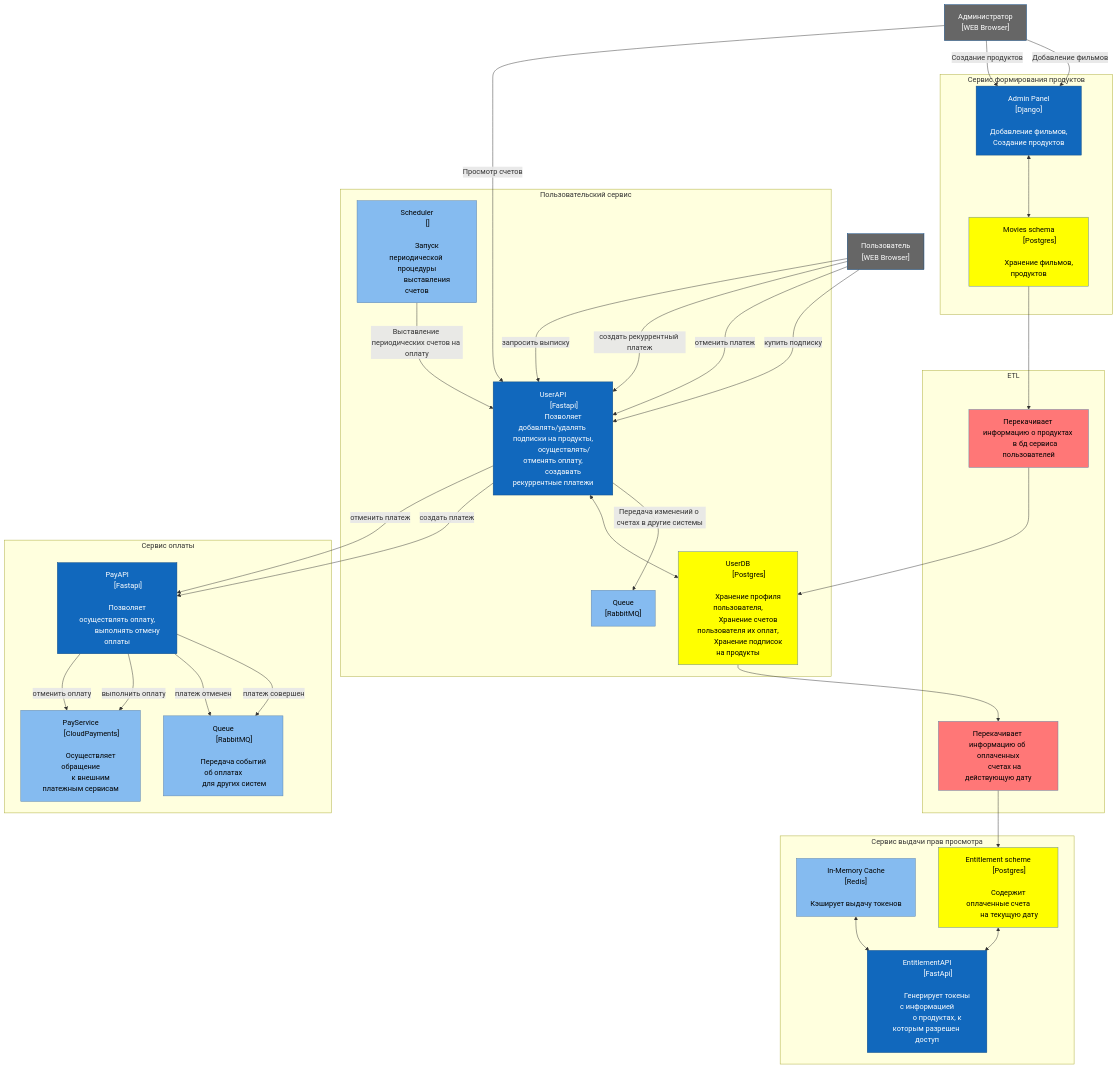
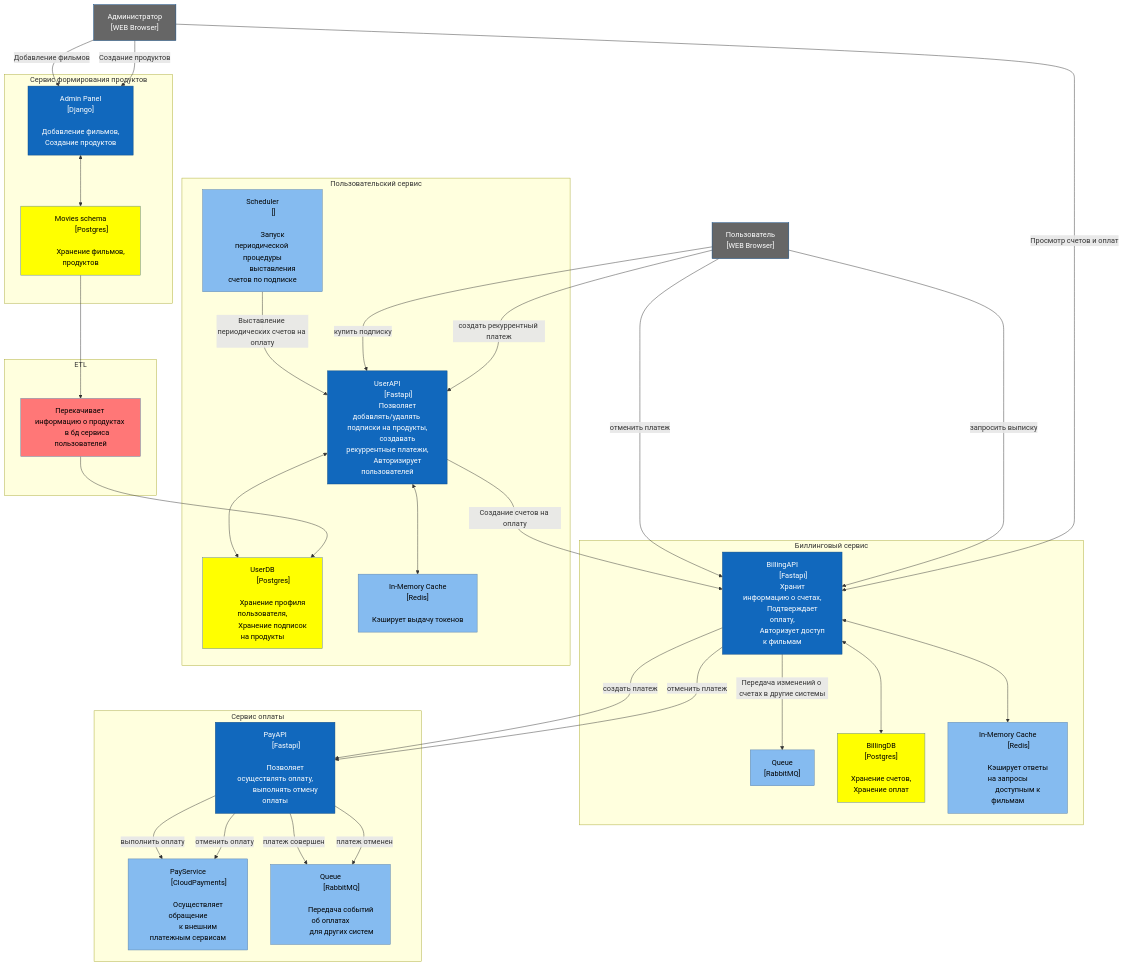
The diagram in architecture/components.md (fall3nangel/Billing_Stripe), drawn with Mermaid before and after one commit.

Commit message:
add billing service

```diff
--- a/architecture/components.md
+++ b/architecture/components.md
@@ -20,11 +20,6 @@
         в бд сервиса пользователей
     "]
     
-    UserService_TO_EntitlementService["
-        Перекачивает информацию об оплаченных
-        счетах на действующую дату
-    "]
-    
     end    
         
     subgraph "Сервис формирования продуктов"
@@ -43,35 +38,66 @@
             AdminPanel<-->MovieDB
     end
     
+    subgraph "Биллинговый сервис"
+        BillingAPI["BillingAPI
+            [Fastapi]
+            Хранит информацию о счетах,
+            Подтверждает оплату,
+            Авторизует доступ к фильмам
+            "]
+                    
+        Queue2["Queue
+            [RabbitMQ]
+            
+            "]
+            
+        BillingDB["BillingDB
+            [Postgres]
+            
+            Хранение счетов,
+            Хранение оплат"]
+            
+        BillingCache["In-Memory Cache
+            [Redis]
+            
+            Кэширует ответы на запросы
+            доступным к фильмам"]
+        
+        BillingAPI--"Передача изменений о счетах в другие системы"-->Queue2
+        BillingAPI<-->BillingDB
+        BillingAPI<-->BillingCache
+    end
     
     subgraph "Пользовательский сервис"
         UserAPI["UserAPI
             [Fastapi]
             Позволяет добавлять/удалять подписки на продукты,
-            осуществлять/отменять оплату,
-            создавать рекуррентные платежи"]
-        
-        Queue2["Queue
-            [RabbitMQ]
-            
-            "]
+            создавать рекуррентные платежи,
+            Авторизирует пользователей"]
+
         
         UserDB["UserDB
             [Postgres]
             
             Хранение профиля пользователя,
-            Хранение счетов пользователя их оплат,
             Хранение подписок на продукты"]
             
         Scheduler["Scheduler
             []
             
             Запуск периодической процедуры
-            выставления счетов"]
+            выставления счетов по подписке"]
+        
+        Cache["In-Memory Cache
+            [Redis]
+            
+            Кэширует выдачу токенов"]
             
         Scheduler--"Выставление периодических счетов на оплату"-->UserAPI
-        UserAPI--"Передача изменений о счетах в другие системы"-->Queue2
         UserAPI<-->UserDB
+        
+        UserAPI<-->Cache
+
     end
     
     subgraph "Сервис оплаты"
@@ -98,62 +124,42 @@
         PayAPI--"выполнить оплату"-->PayService
         PayAPI--"отменить оплату"-->PayService
         
-        end
-    
-    subgraph "Сервис выдачи прав просмотра"
-        
-        EntitlementAPI["EntitlementAPI
-            [FastApi]
-            
-            Генерирует токены с информацией
-            о продуктах, к которым разрешен доступ"]
-        
-        Cache["In-Memory Cache
-            [Redis]
-            
-            Кэширует выдачу токенов"]
-        
-        EntitlementDB["Entitlement scheme
-            [Postgres]
-            
-            Содержит оплаченные счета
-            на текущую дату"]
-
-        EntitlementDB<-->EntitlementAPI
-        Cache<-->EntitlementAPI
     end
     
+    
     Client--"купить подписку"-->UserAPI
-    Client--"отменить платеж"-->UserAPI
+    Client--"отменить платеж"-->BillingAPI
     Client--"создать рекуррентный платеж"-->UserAPI
-    Client--"запросить выписку"-->UserAPI
+    Client--"запросить выписку"-->BillingAPI
 
     Admin--"Добавление фильмов"-->AdminPanel
     Admin--"Создание продуктов"-->AdminPanel
-    Admin--"Просмотр счетов"-->UserAPI
+    Admin--"Просмотр счетов и оплат"-->BillingAPI
         
-    UserAPI--"создать платеж"-->PayAPI
-    UserAPI--"отменить платеж"-->PayAPI
+    BillingAPI--"создать платеж"-->PayAPI
+    BillingAPI--"отменить платеж"-->PayAPI
         
     MovieDB-->Admin_panel_TO_UserService
     Admin_panel_TO_UserService-->UserDB
     
-    UserDB-->UserService_TO_EntitlementService
-    UserService_TO_EntitlementService-->EntitlementDB
-
     
-    class EntitlementAPI api
+    UserAPI--"Создание счетов на оплату"-->BillingAPI
+    
     class AdminPanel api
     class PayAPI api
     class UserAPI api
+    class BillingAPI api
     
     class EntitlementService service
     class UserService service
-    class Cache service
+
     class PayService service
     class Scheduler service
     class Client client
     class Admin client
+    
+    class Cache service
+    class BillingCache service
     
     class Queue service
     class Queue2 service
@@ -161,9 +167,9 @@
     class MovieDB database
     class UserDB database
     class EntitlementDB database
+    class BillingDB database
     
     class Admin_panel_TO_UserService etl
-    class UserService_TO_EntitlementService etl
     
     classDef api fill:#1168bd, stroke:#0b4884, color:#ffffff
     classDef client fill:#666, stroke:#0b4884, color:#ffffff
```
